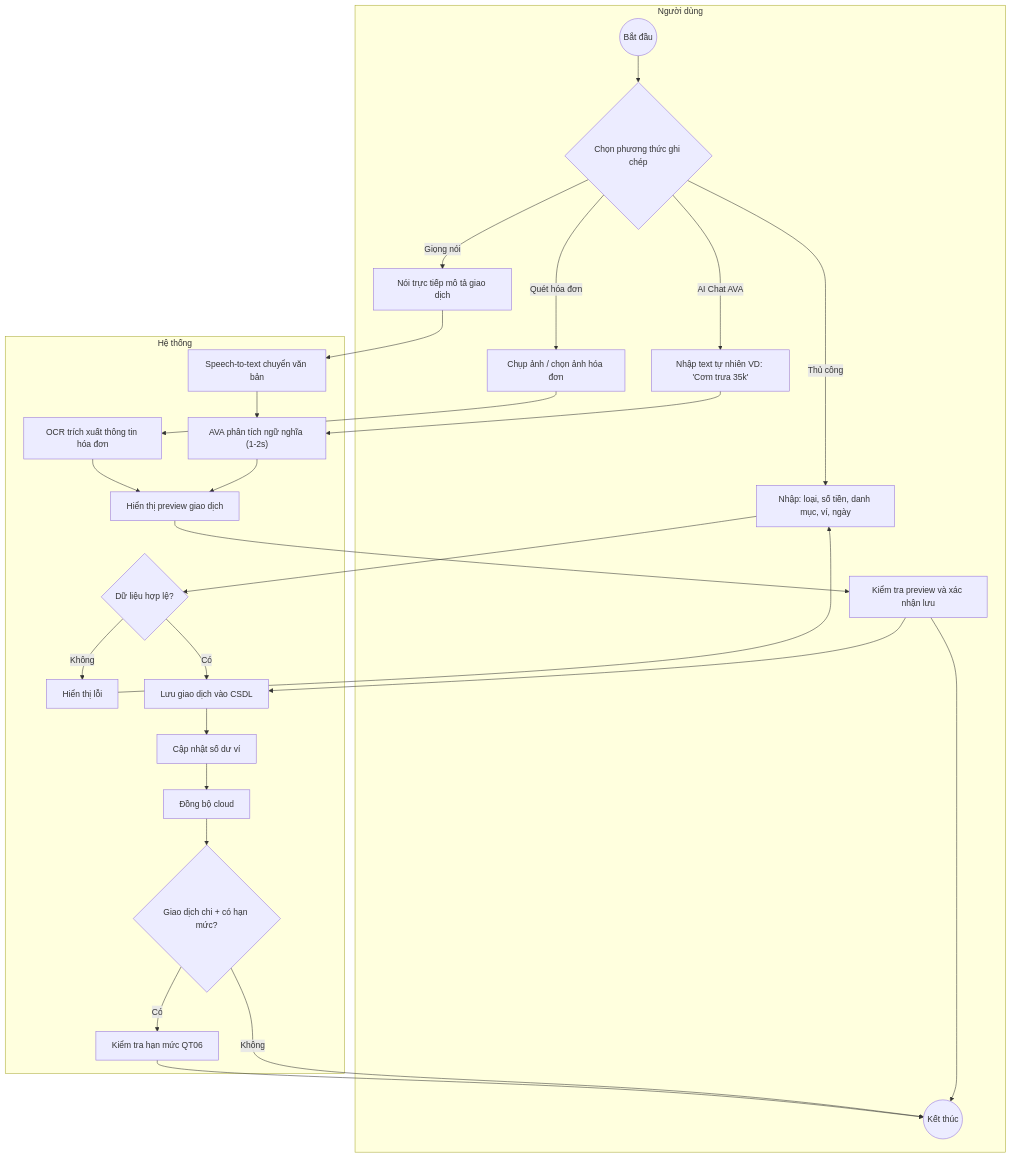
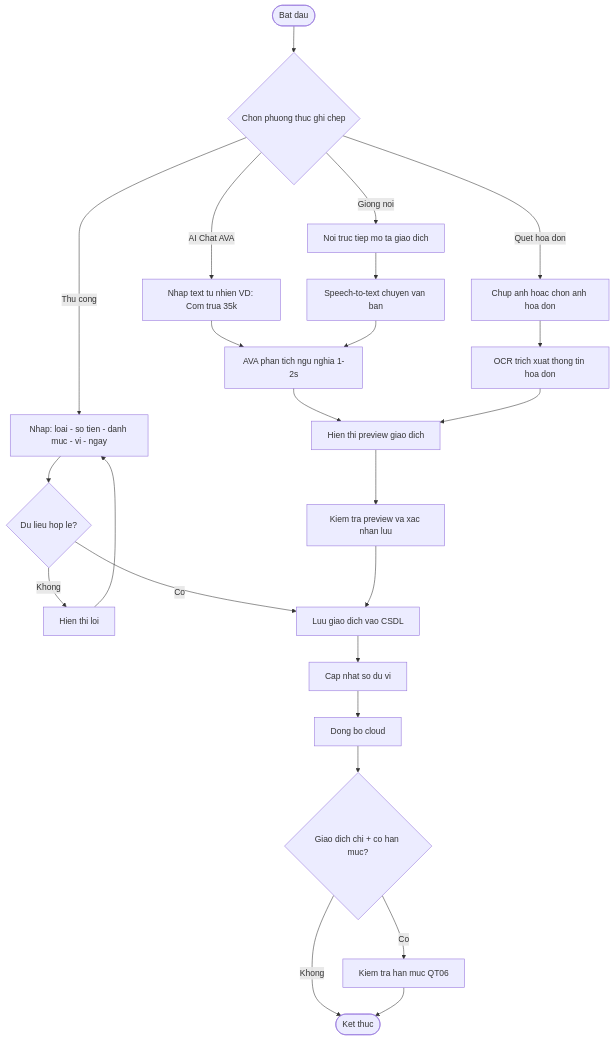
The fourth of 10 diagrams in Nghiên cứu MISA MoneyKeeper.md (Hieu-vn/Graduation-Thesis), drawn with Mermaid before and after one commit. The commit also changed other lines of this file, not shown here.

First line of the commit message:
fix: Fix all 10 mermaid diagrams QT01-QT10 for GitHub rendering

````diff
--- a/Nghiên cứu MISA MoneyKeeper.md
+++ b/Nghiên cứu MISA MoneyKeeper.md
@@ -136,30 +123,25 @@
 ```mermaid
 flowchart TD
-    subgraph "Người dùng"
-        A((Bắt đầu)) --> B{Chọn phương thức ghi chép}
-        B -->|Thủ công| C1["Nhập: loại, số tiền, danh mục, ví, ngày"]
-        B -->|AI Chat AVA| C2["Nhập text tự nhiên VD: 'Cơm trưa 35k'"]
-        B -->|Giọng nói| C3["Nói trực tiếp mô tả giao dịch"]
-        B -->|Quét hóa đơn| C4["Chụp ảnh / chọn ảnh hóa đơn"]
-        J[Kiểm tra preview và xác nhận lưu] --> K((Kết thúc))
-    end
-    subgraph "Hệ thống"
-        C1 --> D1{Dữ liệu hợp lệ?}
-        D1 -->|Không| E1[Hiển thị lỗi] --> C1
-        D1 -->|Có| F[Lưu giao dịch vào CSDL]
-        C2 --> D2["AVA phân tích ngữ nghĩa (1-2s)"]
-        D2 --> D5[Hiển thị preview giao dịch]
-        C3 --> D3[Speech-to-text chuyển văn bản]
-        D3 --> D2
-        C4 --> D4[OCR trích xuất thông tin hóa đơn]
-        D4 --> D5
-        D5 --> J
-        J --> F
-        F --> G[Cập nhật số dư ví]
-        G --> G2[Đồng bộ cloud]
-        G2 --> H{Giao dịch chi + có hạn mức?}
-        H -->|Có| I[Kiểm tra hạn mức QT06]
-        H -->|Không| K
-        I --> K
-    end
+    A([Bat dau]) --> B{Chon phuong thuc ghi chep}
+    B -->|Thu cong| C1[Nhap: loai - so tien - danh muc - vi - ngay]
+    B -->|AI Chat AVA| C2[Nhap text tu nhien VD: Com trua 35k]
+    B -->|Giong noi| C3[Noi truc tiep mo ta giao dich]
+    B -->|Quet hoa don| C4[Chup anh hoac chon anh hoa don]
+    C1 --> D1{Du lieu hop le?}
+    D1 -->|Khong| E1[Hien thi loi] --> C1
+    D1 -->|Co| F[Luu giao dich vao CSDL]
+    C2 --> D2[AVA phan tich ngu nghia 1-2s]
+    D2 --> D5[Hien thi preview giao dich]
+    C3 --> D3[Speech-to-text chuyen van ban]
+    D3 --> D2
+    C4 --> D4[OCR trich xuat thong tin hoa don]
+    D4 --> D5
+    D5 --> J[Kiem tra preview va xac nhan luu]
+    J --> F
+    F --> G[Cap nhat so du vi]
+    G --> G2[Dong bo cloud]
+    G2 --> H{Giao dich chi + co han muc?}
+    H -->|Co| I[Kiem tra han muc QT06]
+    H -->|Khong| K([Ket thuc])
+    I --> K
 ```
````
